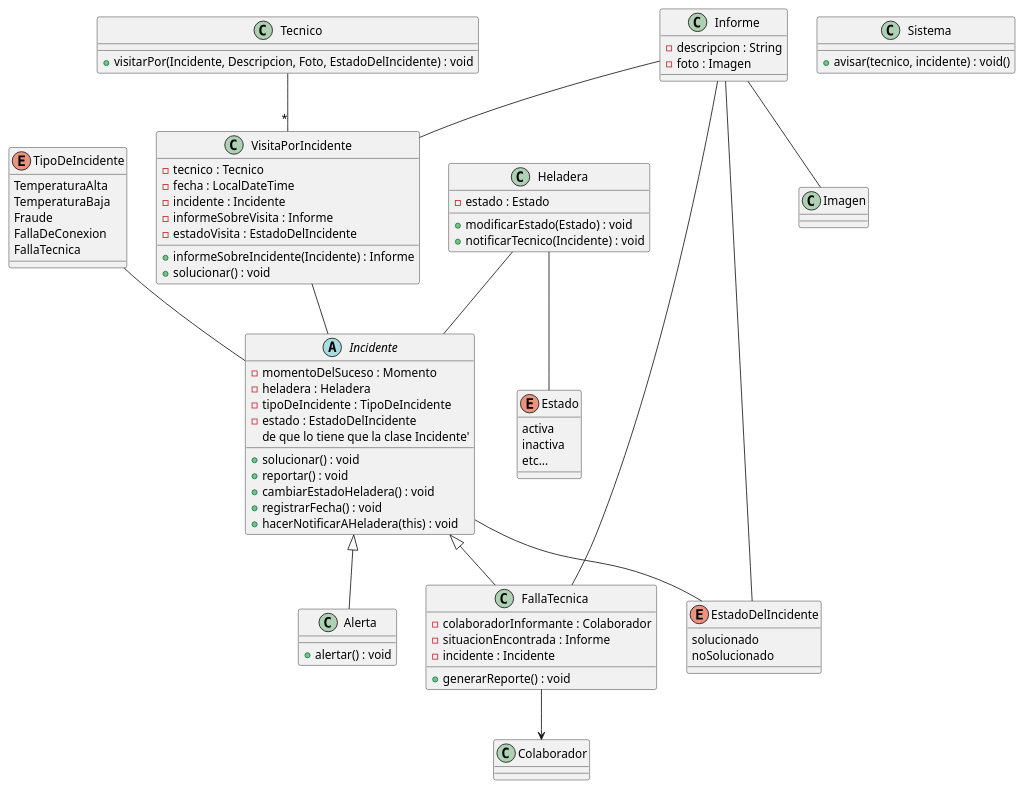
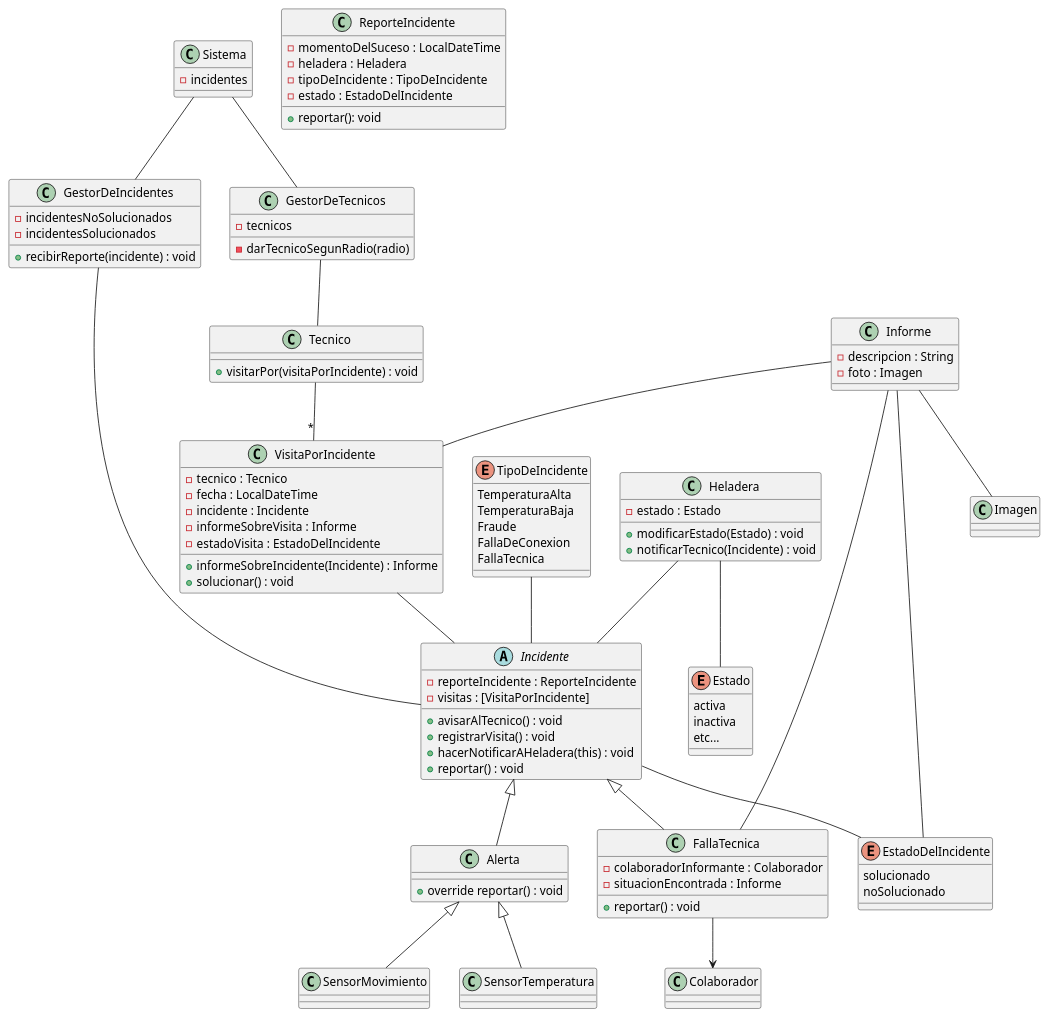
One commit to GonzaloFernandez20/DDS-K3002-2024-Grupo8 changed the diagram in TP-Anual/Entrega3/incidentes.puml. Above: the diagram before and after it, drawn with PlantUML.

Commit message:
Incidentes actualizado

```diff
--- a/TP-Anual/Entrega3/incidentes.puml
+++ b/TP-Anual/Entrega3/incidentes.puml
@@ -1,90 +1,118 @@
 @startuml incidentes
 abstract class Incidente{
-    -momentoDelSuceso : Momento
-    -heladera : Heladera
-    -tipoDeIncidente : TipoDeIncidente
-    -estado : EstadoDelIncidente
-    'Cambia el estado a solucionado y activa a la heladera'
-    +solucionar() : void
-    +reportar() : void
-    'No va el método en el diagrama xq es responsabilidad de la heladera, está para acordarse 
-    de que lo tiene que la clase Incidente'
-    +cambiarEstadoHeladera() : void
+    -reporteIncidente : ReporteIncidente
+    - visitas : [VisitaPorIncidente]
+    'Cambia el estadoDelIncidente a solucionado y activa a la heladera'
+    +avisarAlTecnico() : void
     'Lo pongo para no olvidarnos de que hay que hacerlo'
-    +registrarFecha() : void
+    +registrarVisita() : void
+    ' vi
     'Lo pongo para no olvidarnos de que hay que hacerlo'
     +hacerNotificarAHeladera(this) : void 
+    + reportar() : void 
+    ' gestorIncidentes.recibirReporte(this) y esto hace incidentesActivos.add(incidente)
+    ' heladera cambia a inactiva y reporteIncidente.reportar()
+}
+
+class GestorDeIncidentes {
+    - incidentesNoSolucionados
+    - incidentesSolucionados
+    + recibirReporte(incidente) : void 
+    ' darTecnicoSegunRadio radio) devuelve un tecnico
+    ' crea una visitaPorIncidente y hace solucionar()
+}
+
+class GestorDeTecnicos {
+    - tecnicos
+    - darTecnicoSegunRadio(radio)
+    ' devuelve un tecnico
+}
+
+class Sistema {
+    - incidentes 
 }
 
 enum TipoDeIncidente{
     TemperaturaAlta
     TemperaturaBaja
     Fraude
     FallaDeConexion
     FallaTecnica
 }
 
-class Sistema {
-    + avisar(tecnico, incidente) : void()
+class Alerta extends Incidente{
+    + override reportar() : void
 }
 
-class Alerta extends Incidente{
-    + alertar() : void
-}
+class SensorTemperatura extends Alerta {}
+class SensorMovimiento extends Alerta {}
 
 class FallaTecnica extends Incidente{
     - colaboradorInformante : Colaborador
     - situacionEncontrada : Informe
-    - incidente : Incidente
-    + generarReporte() : void
+    + reportar() : void
 }
 
 class Tecnico{
-    +visitarPor(Incidente, Descripcion, Foto, EstadoDelIncidente) : void 
+    + visitarPor(visitaPorIncidente) : void 
 }
 
 enum EstadoDelIncidente{
     solucionado
     noSolucionado
 }
+
 ' las visitas deben quedar en el sistema
 class VisitaPorIncidente{
     - tecnico : Tecnico 
     - fecha : LocalDateTime
     - incidente : Incidente
     - informeSobreVisita : Informe
     - estadoVisita : EstadoDelIncidente 
     + informeSobreIncidente(Incidente) : Informe
     + solucionar() : void
+    ' tecnico.visitarPor(this)
 }
 
 class Informe {
     - descripcion : String
     - foto : Imagen
+}
+
+class ReporteIncidente {
+    -momentoDelSuceso : LocalDateTime
+    -heladera : Heladera
+    -tipoDeIncidente : TipoDeIncidente
+    -estado : EstadoDelIncidente
+    + reportar(): void
 }
 
 class Heladera {
     -estado : Estado
     +modificarEstado(Estado) : void
 'tiene sentido que un técnico conozca al incidente'
     +notificarTecnico(Incidente) : void
 }
 
 enum Estado {
     activa
     inactiva
     etc...
 }
 
 Heladera -- Estado
 Heladera -- Incidente
 TipoDeIncidente -- Incidente
 FallaTecnica --> Colaborador
 Informe -- FallaTecnica
 Tecnico --"*" VisitaPorIncidente
 VisitaPorIncidente -- Incidente
 Informe -- VisitaPorIncidente
 Incidente -- EstadoDelIncidente
 Informe -- Imagen
 Informe -- EstadoDelIncidente
+GestorDeIncidentes -- Incidente 
+GestorDeTecnicos -- Tecnico 
+Sistema -- GestorDeIncidentes
+Sistema -- GestorDeTecnicos
 @enduml
```
